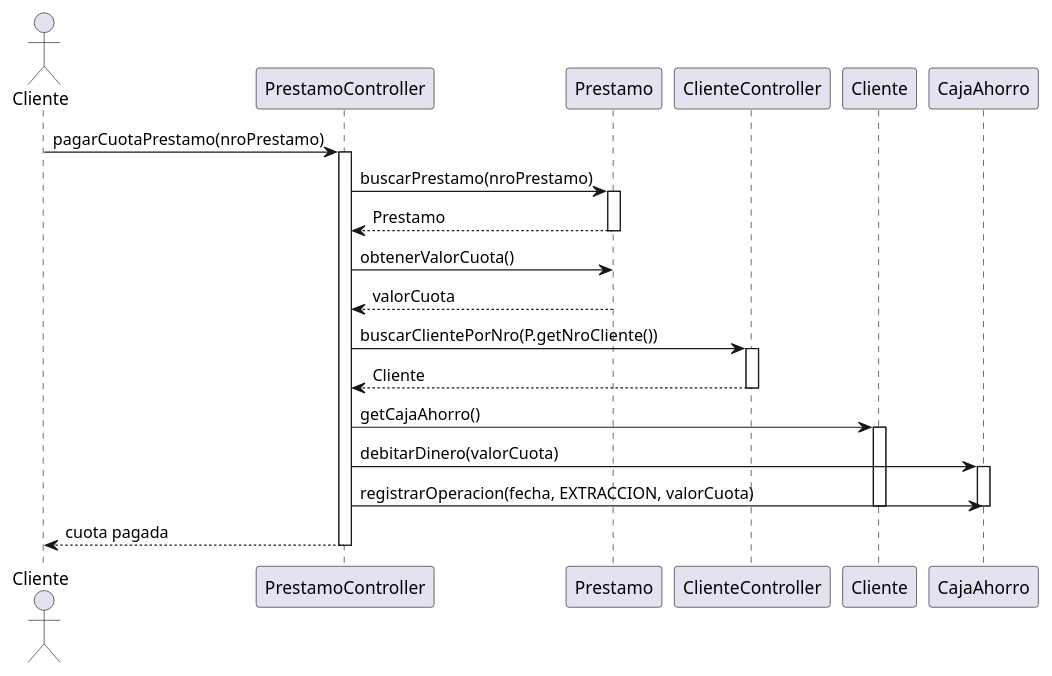
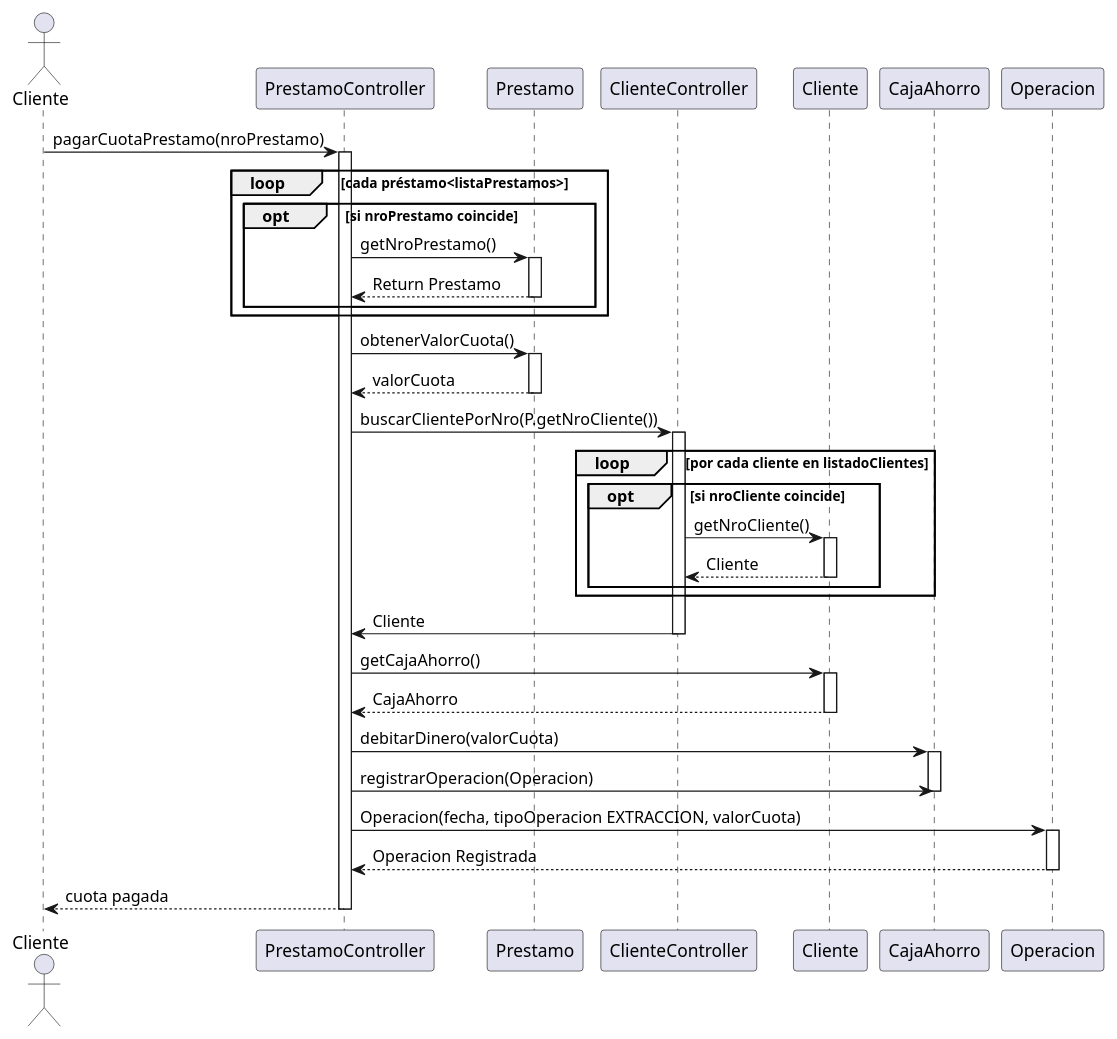
One commit to CoachEmilio/FinalAdelantadoPOO changed the diagram in src/main/java/org/uade/diagrams/RegistroPagoCuotaMensual.puml. Above: the diagram before and after it, drawn with PlantUML. The commit also changed 1 other file, not shown here.

Commit message:
Diagrams RegistroPagoCuotaMensual.puml y EmitirPrestamoHipotecario.puml updated

```diff
--- a/src/main/java/org/uade/diagrams/RegistroPagoCuotaMensual.puml
+++ b/src/main/java/org/uade/diagrams/RegistroPagoCuotaMensual.puml
@@ -1,44 +1,68 @@
 @startuml
 actor Cliente
 participant "PrestamoController" as PC
 participant "Prestamo" as P
 participant "ClienteController" as CC
 participant "Cliente" as C
 participant "CajaAhorro" as CA
+participant "Operacion" as O
 
-' El cliente solicita pagar la cuota mensual de un préstamo
 Cliente -> PC: pagarCuotaPrestamo(nroPrestamo)
 activate PC
 
-' El controller busca el préstamo por su número
-PC -> P: buscarPrestamo(nroPrestamo)
+' Buscar préstamo (loop y opt)
+loop cada préstamo<listaPrestamos>
+
+
+    opt si nroPrestamo coincide
+        PC -> P: getNroPrestamo()
+        activate P
+        PC <-- P: Return Prestamo
+        deactivate P
+    end
+end
+
+' Obtener valor de la cuota
+PC -> P: obtenerValorCuota()
 activate P
-PC <-- P: Prestamo
+PC <-- P: valorCuota
 deactivate P
 
-' El controller obtiene el valor de la cuota
-PC -> P: obtenerValorCuota()
-PC <-- P: valorCuota
-
-' El controller busca el cliente asociado al préstamo
+' Buscar cliente solicitante
 PC -> CC: buscarClientePorNro(P.getNroCliente())
 activate CC
-PC <-- CC: Cliente
+' Buscar cliente (loop y opt)
+loop por cada cliente en listadoClientes
+
+    opt si nroCliente coincide
+        CC -> C: getNroCliente()
+        activate C
+        CC <-- C: Cliente
+        deactivate C
+    end
+end
+CC -> PC: Cliente
 deactivate CC
 
-' Se obtiene la caja de ahorro del cliente
+' Obtener caja de ahorro
 PC -> C: getCajaAhorro()
 activate C
+C --> PC: CajaAhorro
+deactivate C
+
+' Debitar dinero
 PC -> CA: debitarDinero(valorCuota)
 activate CA
 
-' Se registra la operación de extracción en la caja de ahorro
-PC -> CA: registrarOperacion(fecha, EXTRACCION, valorCuota)
+' Crear operación y registrar
+PC -> CA: registrarOperacion(Operacion)
 deactivate CA
-deactivate C
 
-' Se confirma el pago al cliente
+PC -> O: Operacion(fecha, tipoOperacion EXTRACCION, valorCuota)
+activate O
+O --> PC: Operacion Registrada
+deactivate O
+
 PC --> Cliente: cuota pagada
 deactivate PC
-
 @enduml
```
